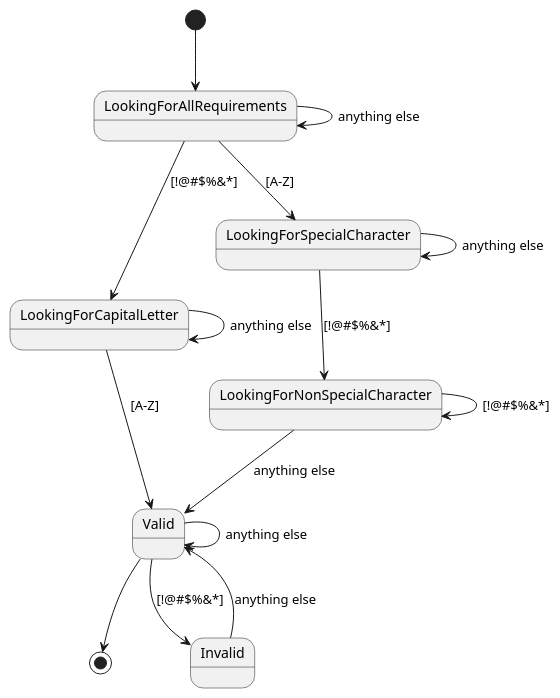
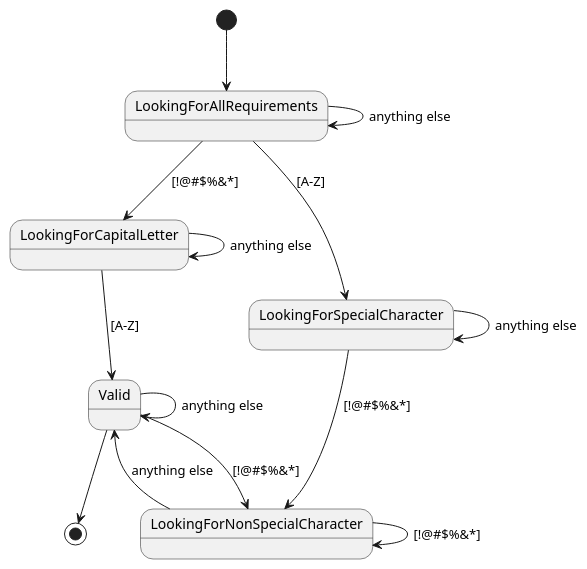
The diagram in doc/uml/complex_password.plantuml (quality-liquid/cs5700-assn5-regex), drawn with PlantUML before and after one commit. The commit also changed 4 other files, not shown here.

```diff
--- a/doc/uml/complex_password.plantuml
+++ b/doc/uml/complex_password.plantuml
@@ -1,24 +1,22 @@
 @startuml
 
 [*] --> LookingForAllRequirements
 
 LookingForAllRequirements --> LookingForCapitalLetter: [!@#$%&*]
 LookingForAllRequirements --> LookingForSpecialCharacter: [A-Z]
 LookingForAllRequirements --> LookingForAllRequirements: anything else
 
 LookingForCapitalLetter --> Valid: [A-Z]
 LookingForCapitalLetter --> LookingForCapitalLetter: anything else
 
 LookingForSpecialCharacter --> LookingForNonSpecialCharacter: [!@#$%&*]
 LookingForSpecialCharacter --> LookingForSpecialCharacter: anything else
 
 LookingForNonSpecialCharacter --> LookingForNonSpecialCharacter: [!@#$%&*]
 LookingForNonSpecialCharacter --> Valid: anything else
 
 Valid --> [*]
 Valid --> Valid: anything else
-Valid --> Invalid: [!@#$%&*]
-
-Invalid --> Valid: anything else
+Valid --> LookingForNonSpecialCharacter: [!@#$%&*]
 
 @enduml
```
